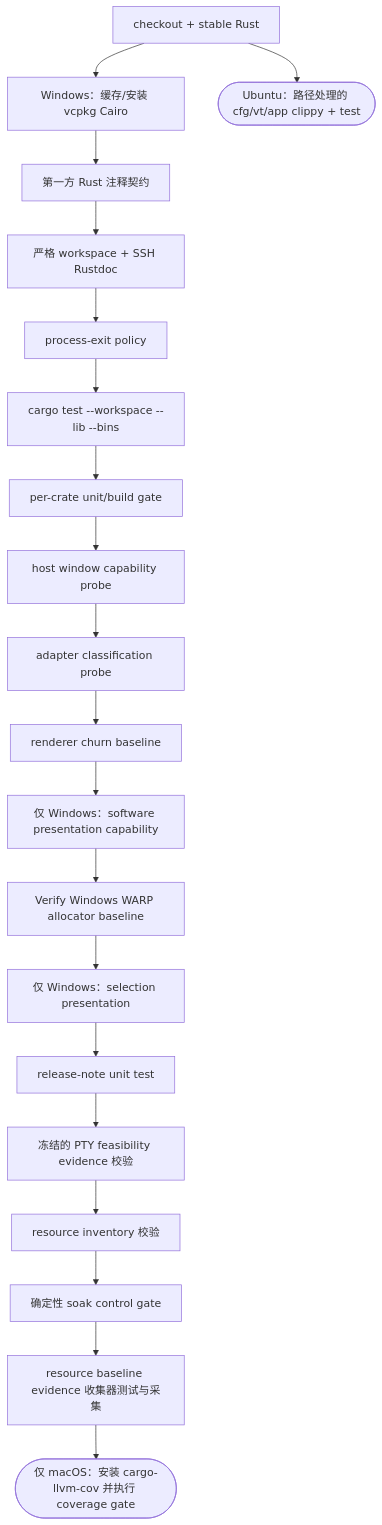
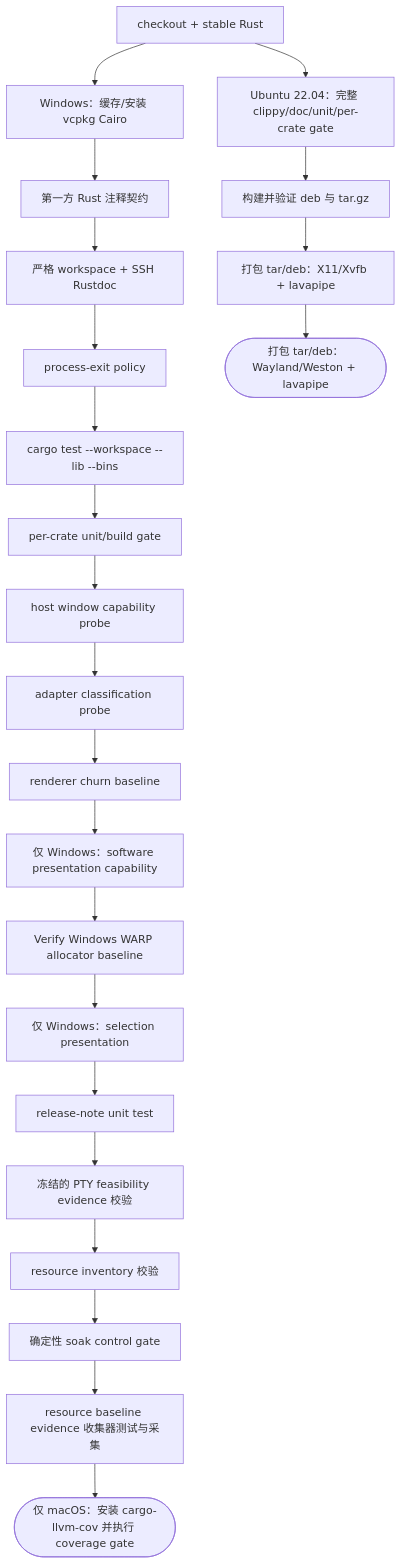
The third of 4 diagrams in wiki/Development-and-Release.md (D0n9X1n/SonicTerm), drawn with Mermaid before and after one commit. The commit also changed other lines of this file and 70 other files, not shown here.

````diff
--- a/wiki/Development-and-Release.md
+++ b/wiki/Development-and-Release.md
@@ -515,43 +551,49 @@
 ```mermaid
 flowchart TD
     checkout["checkout + stable Rust"]
     cairo["Windows：缓存/安装 vcpkg Cairo"]
     comments["第一方 Rust 注释契约"]
     rustdoc["严格 workspace + SSH Rustdoc"]
     exitpolicy["process-exit policy"]
     wstest["cargo test --workspace --lib --bins"]
     percrate["per-crate unit/build gate"]
     hostprobe["host window capability probe"]
     adapterprobe["adapter classification probe"]
     churn["renderer churn baseline"]
     softpresent["仅 Windows：software presentation capability"]
     warp["Verify Windows WARP allocator baseline"]
     selection["仅 Windows：selection presentation"]
     notes["release-note unit test"]
     pty["冻结的 PTY feasibility evidence 校验"]
     inventory["resource inventory 校验"]
     soak["确定性 soak control gate"]
     baseline["resource baseline evidence 收集器测试与采集"]
     coverage(["仅 macOS：安装 cargo-llvm-cov 并执行 coverage gate"])
-    linux(["Ubuntu：路径处理的 cfg/vt/app clippy + test"])
+    linuxbuild["Ubuntu 22.04：完整 clippy/doc/unit/per-crate gate"]
+    linuxpkg["构建并验证 deb 与 tar.gz"]
+    linuxx11["打包 tar/deb：X11/Xvfb + lavapipe"]
+    linuxwayland(["打包 tar/deb：Wayland/Weston + lavapipe"])
 
     checkout --> cairo
-    checkout --> linux
+    checkout --> linuxbuild
+    linuxbuild --> linuxpkg
+    linuxpkg --> linuxx11
+    linuxx11 --> linuxwayland
     cairo --> comments
     comments --> rustdoc
     rustdoc --> exitpolicy
     exitpolicy --> wstest
     wstest --> percrate
     percrate --> hostprobe
     hostprobe --> adapterprobe
     adapterprobe --> churn
     churn --> softpresent
     softpresent --> warp
     warp --> selection
     selection --> notes
     notes --> pty
     pty --> inventory
     inventory --> soak
     soak --> baseline
     baseline --> coverage
 ```
````
